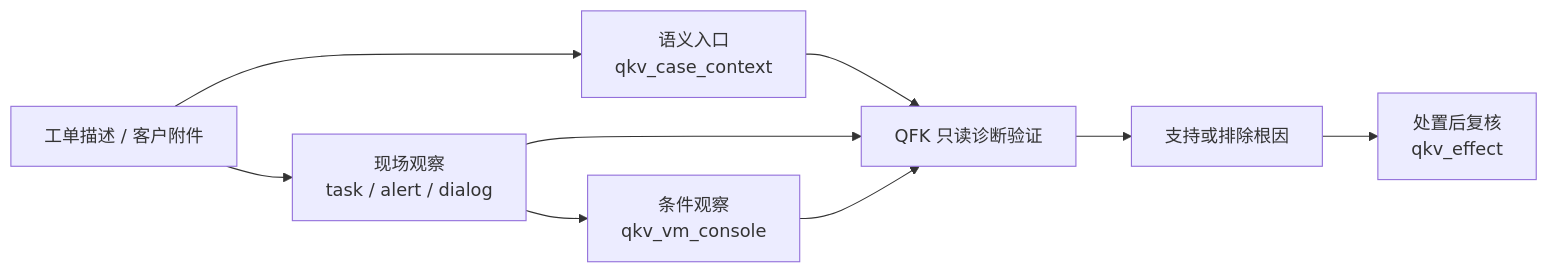
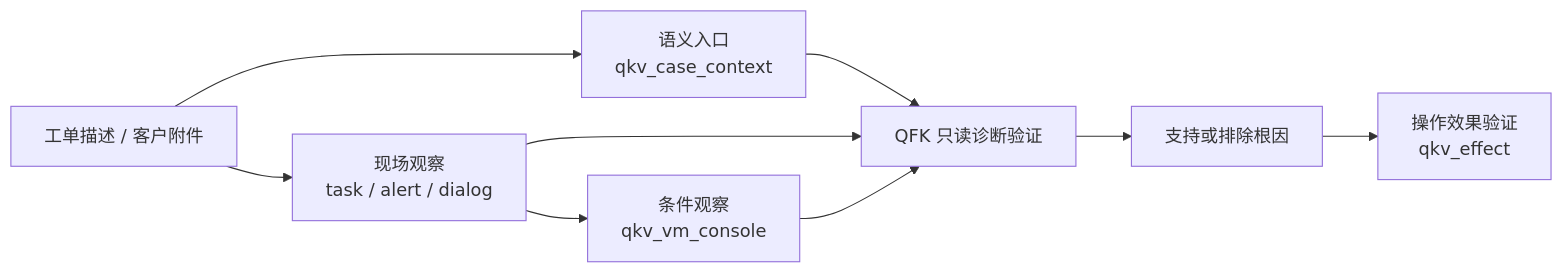
One commit to tomturing/hci-troubleshoot-platform changed the first of 10 diagrams in docs/solution/agent/KBD审核发布操作指南.md. Above: the diagram before and after it, drawn with Mermaid. The commit also changed 31 other files, not shown here.

````diff
--- a/docs/solution/agent/KBD审核发布操作指南.md
+++ b/docs/solution/agent/KBD审核发布操作指南.md
@@ -50,11 +50,11 @@
 ```mermaid
 flowchart LR
     A["工单描述 / 客户附件"] --> B["语义入口<br/>qkv_case_context"]
     A --> C["现场观察<br/>task / alert / dialog"]
     C --> D["条件观察<br/>qkv_vm_console"]
     B --> E["QFK 只读诊断验证"]
     C --> E
     D --> E
     E --> F["支持或排除根因"]
-    F --> G["处置后复核<br/>qkv_effect"]
+    F --> G["操作效果验证<br/>qkv_effect"]
 ```
````
